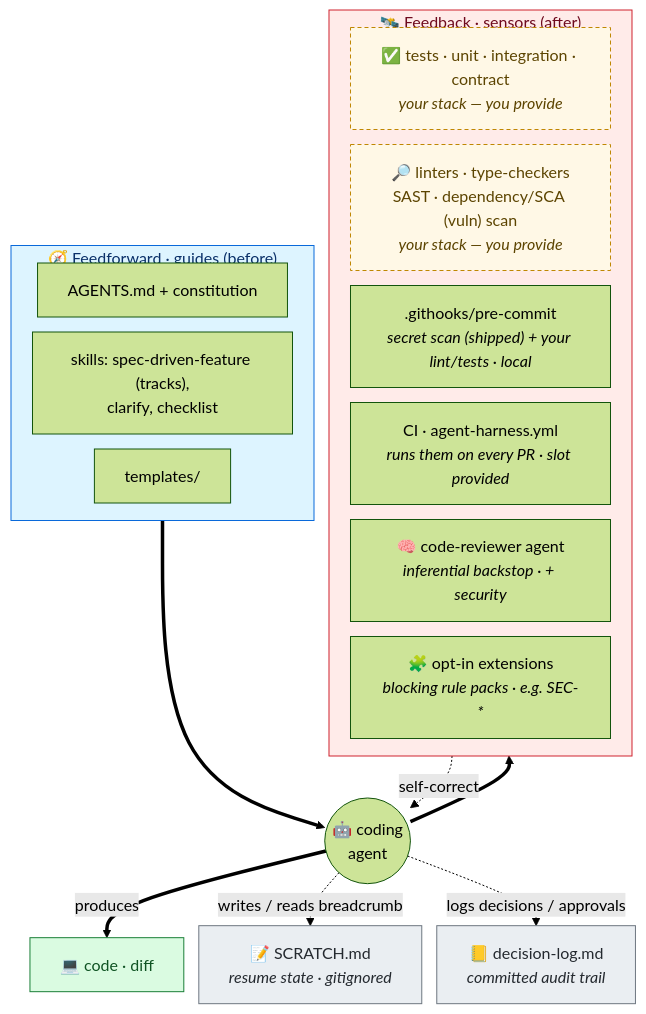
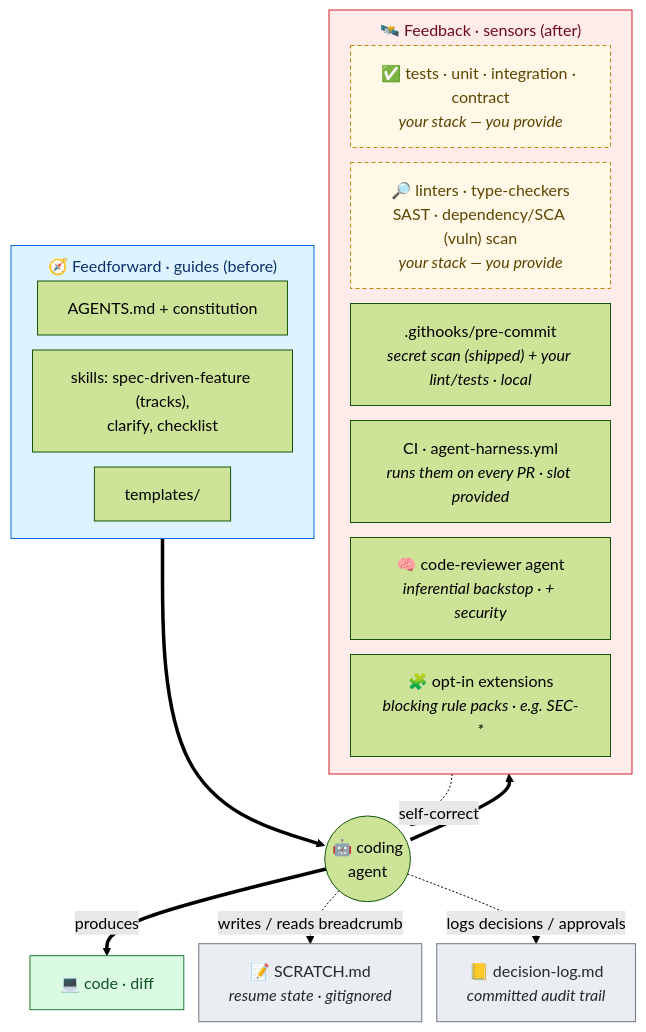
Before and after one commit to saptarshibasu/spec-driven-development: the second of 2 diagrams in README.md, drawn with Mermaid (forest theme).

Commit message:
readme updated

````diff
--- a/README.md
+++ b/README.md
@@ -85,33 +85,33 @@
 ```mermaid
-%%{init: {'flowchart': {'nodeSpacing': 15, 'rankSpacing': 18}}}%%
+%%{init: {'flowchart': {'nodeSpacing': 15, 'rankSpacing': 18, 'subGraphTitleMargin': {'top': 8, 'bottom': 10}}}}%%
 flowchart TB
     subgraph FF["🧭 Feedforward · guides (before)"]
         direction LR
         A["AGENTS.md + constitution"]
         SK["skills: spec-driven-feature (tracks),<br/>clarify, checklist"]
         TPL["templates/"]
     end
     subgraph FB["🛰️ Feedback · sensors (after)"]
         direction LR
         TS["✅ tests · unit · integration · contract<br/><i>your stack — you provide</i>"]:::byo
         SA["🔎 linters · type-checkers<br/>SAST · dependency/SCA (vuln) scan<br/><i>your stack — you provide</i>"]:::byo
         HK[".githooks/pre-commit<br/><i>secret scan (shipped) + your lint/tests · local</i>"]
         CI["CI · agent-harness.yml<br/><i>runs them on every PR · slot provided</i>"]
         AG["🧠 code-reviewer agent<br/><i>inferential backstop · + security</i>"]
         EX["🧩 opt-in extensions<br/><i>blocking rule packs · e.g. SEC-*</i>"]
     end
     FF ==> AGENT(("🤖 coding<br/>agent"))
     AGENT ==> FB
     AGENT ==>|produces| CODE["💻 code · diff"]:::out
     FB -. self-correct .-> AGENT
     AGENT -. writes / reads breadcrumb .-> SC["📝 SCRATCH.md<br/><i>resume state · gitignored</i>"]:::cont
     AGENT -. logs decisions / approvals .-> DL2["📒 decision-log.md<br/><i>committed audit trail</i>"]:::cont
 
     classDef ff fill:#ddf4ff,stroke:#0969da,color:#0a3069
     classDef fb fill:#ffebe9,stroke:#cf222e,color:#6e0a1e
     classDef cont fill:#eaeef2,stroke:#6e7781,color:#24292f
     classDef byo fill:#fff8e6,stroke:#bf8700,color:#5c4400,stroke-dasharray:4 3
     classDef out fill:#dafbe1,stroke:#1a7f37,color:#0f5323
     class FF ff
     class FB fb
 ```
````
